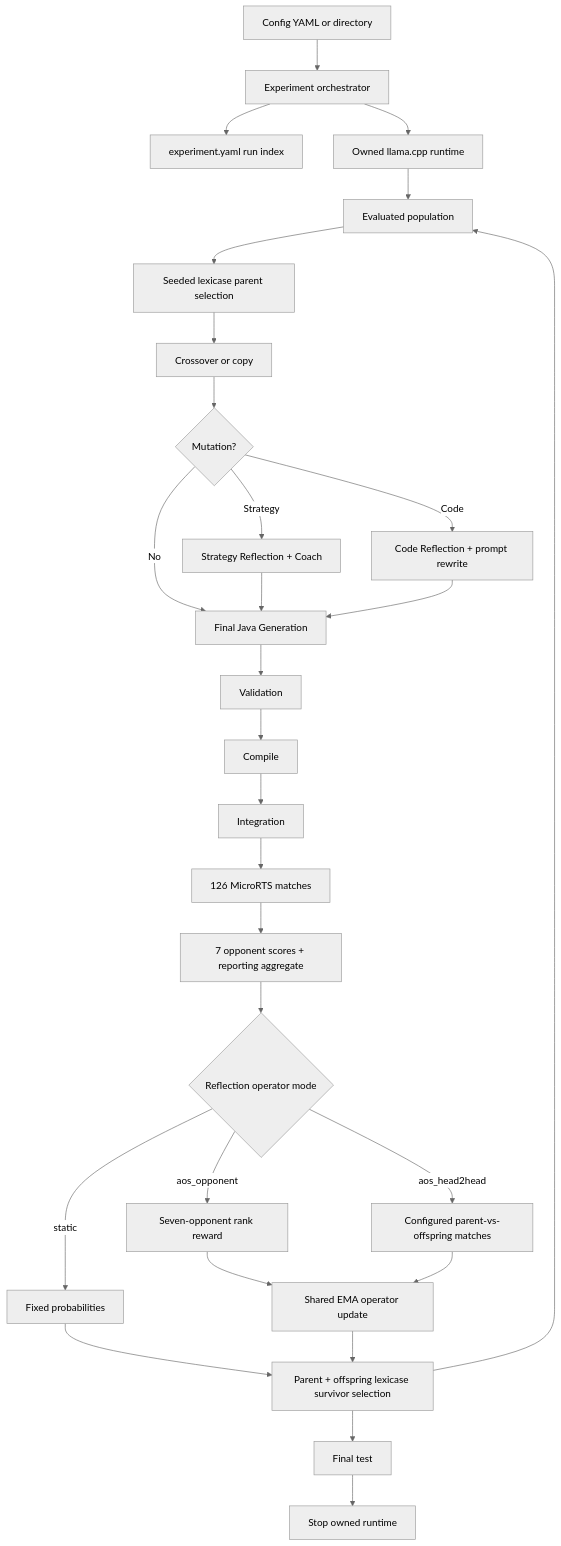
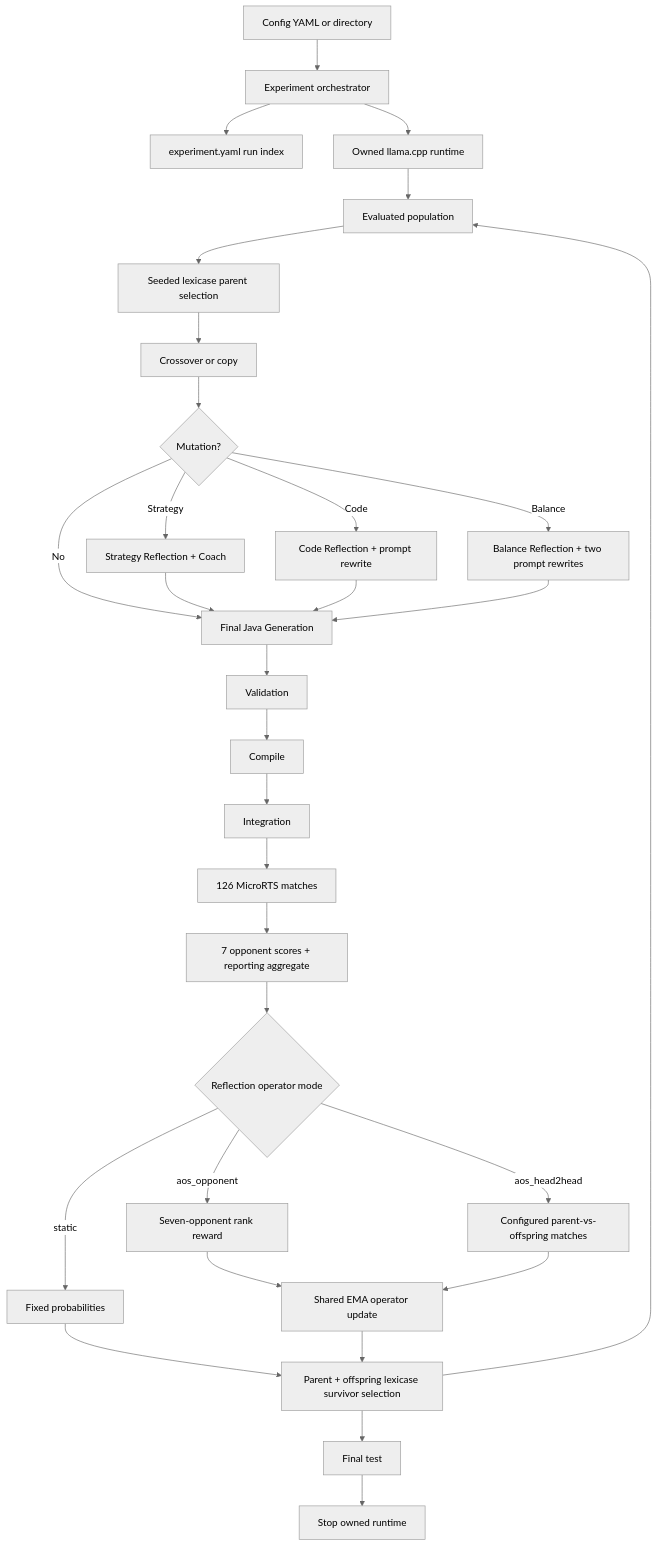
Before and after one commit to sophie8909/EAGLE: the diagram in docs/architecture/overview.md, drawn with Mermaid (neutral theme). The commit also changed 28 other files, not shown here.

Commit message:
feat(mutation): add balance reflection

````diff
--- a/docs/architecture/overview.md
+++ b/docs/architecture/overview.md
@@ -24,28 +24,30 @@
 ```mermaid
 flowchart TD
     CFG["Config YAML or directory"] --> L["Experiment orchestrator"]
     L --> RI["experiment.yaml run index"]
     L --> RT["Owned llama.cpp runtime"]
     RT --> P
     P["Evaluated population"] --> S["Seeded lexicase parent selection"]
     S --> X["Crossover or copy"]
     X --> M{"Mutation?"}
     M -->|Strategy| SR["Strategy Reflection + Coach"]
     M -->|Code| CR["Code Reflection + prompt rewrite"]
+    M -->|Balance| BR["Balance Reflection + two prompt rewrites"]
     M -->|No| G["Final Java Generation"]
     SR --> G
     CR --> G
+    BR --> G
     G --> V["Validation"] --> C["Compile"] --> I["Integration"]
     I --> E["126 MicroRTS matches"]
     E --> O["7 opponent scores + reporting aggregate"]
     O --> R{"Reflection operator mode"}
     R -->|static| F["Fixed probabilities"]
     R -->|aos_opponent| Q["Seven-opponent rank reward"]
     R -->|aos_head2head| H["Configured parent-vs-offspring matches"]
     Q --> A["Shared EMA operator update"]
     H --> A
     F --> N["Parent + offspring lexicase survivor selection"]
     A --> N --> P
     N --> FT["Final test"]
     FT --> CL["Stop owned runtime"]
 ```
````
